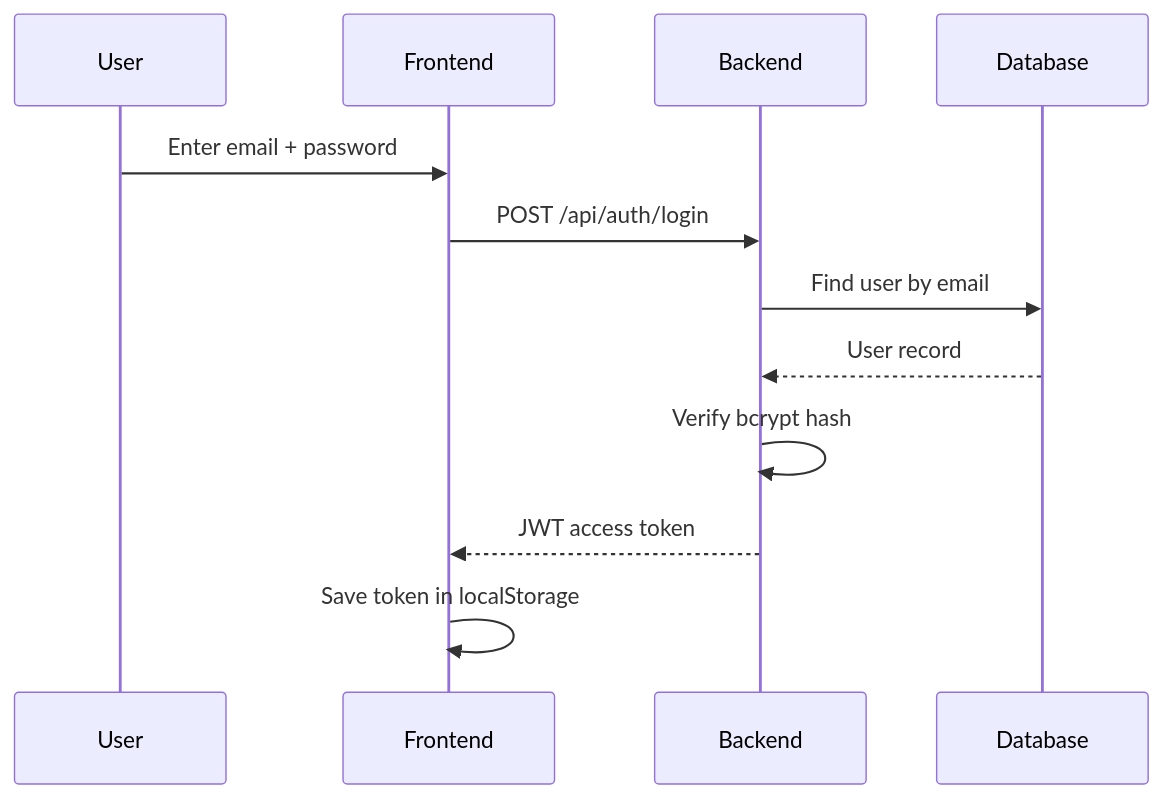
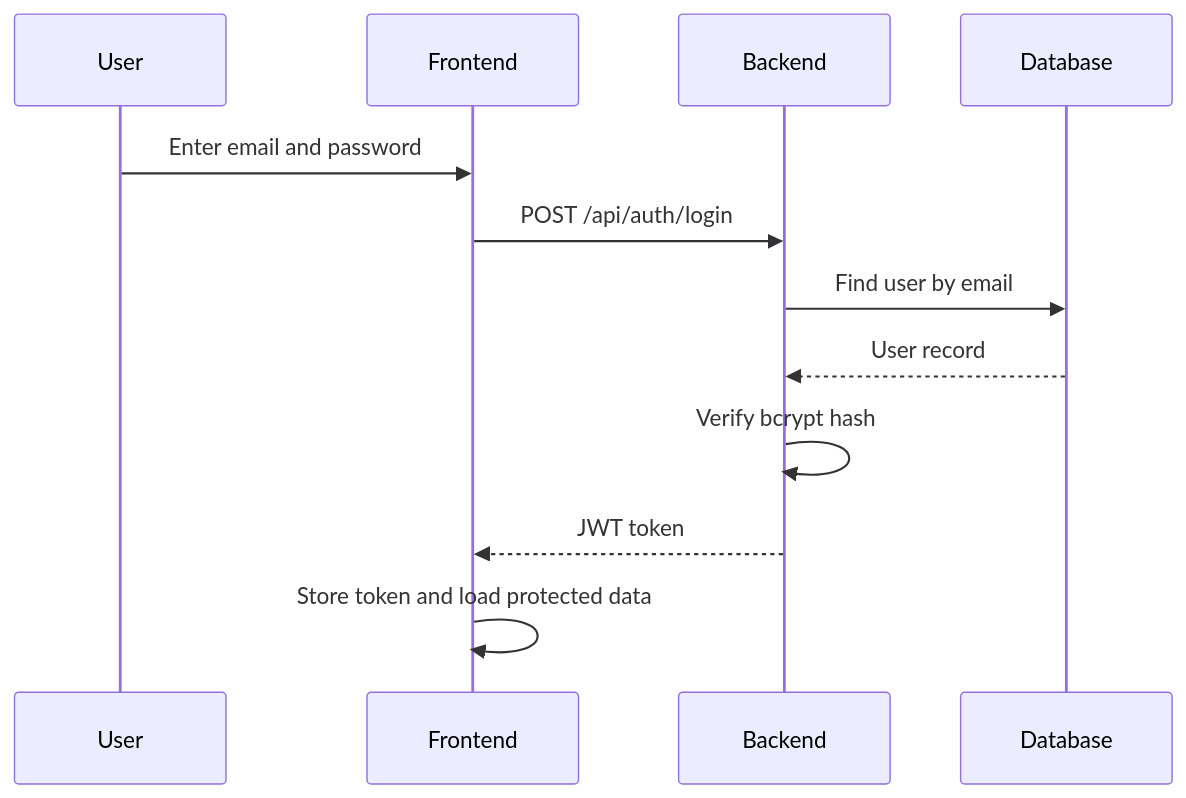
Before and after one commit to cookie-here/NutriTrack: the third of 3 diagrams in about.md, drawn with Mermaid. The commit also changed other lines of this file, not shown here.

````diff
--- a/about.md
+++ b/about.md
@@ -239,14 +234,14 @@
 ```mermaid
 sequenceDiagram
   participant U as User
   participant UI as Frontend
   participant API as Backend
   participant DB as Database
-  U->>UI: Enter email + password
+  U->>UI: Enter email and password
   UI->>API: POST /api/auth/login
   API->>DB: Find user by email
   DB-->>API: User record
   API->>API: Verify bcrypt hash
-  API-->>UI: JWT access token
-  UI->>UI: Save token in localStorage
+  API-->>UI: JWT token
+  UI->>UI: Store token and load protected data
 ```
````
